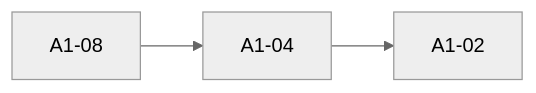
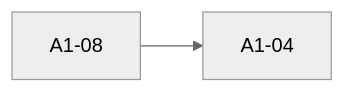
The first of 3 diagrams in README.md (6661647a77616e/Muse-Dataset), drawn with Mermaid (neutral theme) before and after one commit. The commit also changed other lines of this file, not shown here.

````diff
--- a/README.md
+++ b/README.md
@@ -5,6 +5,5 @@
 ```mermaid
 graph LR
     A1-08 --> A1-04
-    A1-04 --> A1-02
-    %% Correction: The intended flow is A1-08 --> A1-02
+    %% Correction: The intended flow is A1-08 --> A1-02 but sokay
 ```
````
